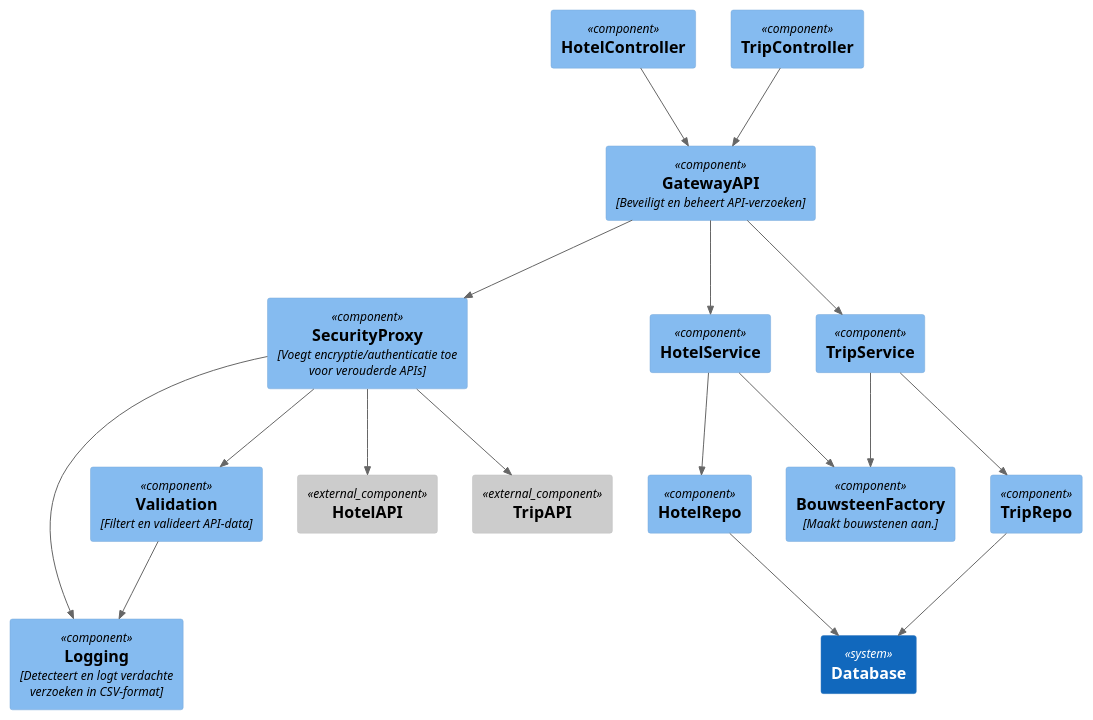
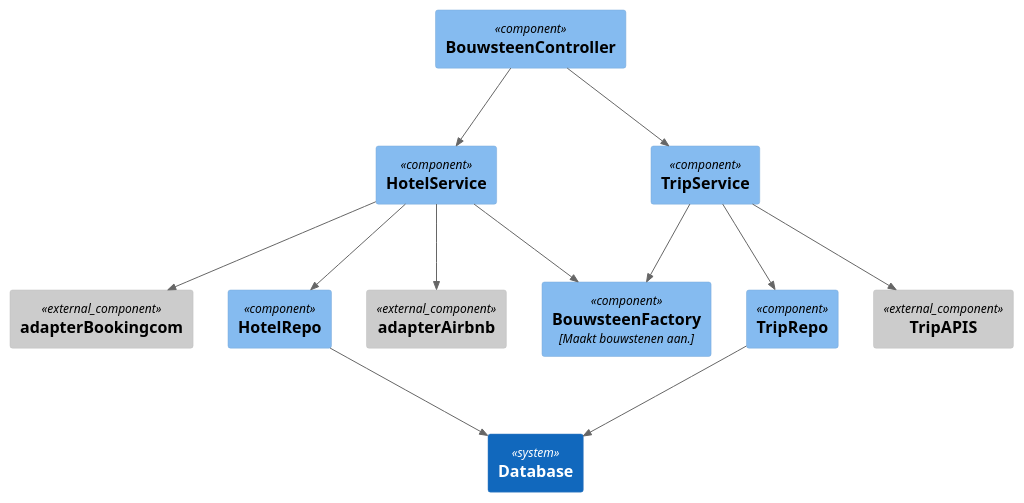
The diagram in opdracht-diagrammen/Diagrammen studenten/Week 2/Samengevoegd componentdiagram.puml (AIM-ENE-feb25/triptop-dravende-dikdiks), drawn with PlantUML before and after one commit.

Commit message:
Update Samengevoegd componentdiagram.puml

```diff
--- a/opdracht-diagrammen/Diagrammen studenten/Week 2/Samengevoegd componentdiagram.puml
+++ b/opdracht-diagrammen/Diagrammen studenten/Week 2/Samengevoegd componentdiagram.puml
@@ -1,49 +1,37 @@
 @startuml
 !include https://raw.githubusercontent.com/plantuml-stdlib/C4-PlantUML/master/C4_Component.puml
 
-Component("hc", "HotelController")
-Component("tc", "TripController")
+Component("bc", "BouwsteenController")
 Component("hr", "HotelRepo")
 Component("tr", "TripRepo")
-Component("sp", "SecurityProxy", "Voegt encryptie/authenticatie toe voor verouderde APIs")
-Component("l", "Logging", "Detecteert en logt verdachte verzoeken in CSV-format",)
 Component("bsf", "BouwsteenFactory", "Maakt bouwstenen aan.")
 Component("hs", "HotelService")
 Component("ts", "TripService")
 
-'todo: aanpassen op basis van wat nu bestaat + marijns nieuwe ontwerpvraag
-Component("gapi", "GatewayAPI", "Beveiligt en beheert API-verzoeken")
-Component("v", "Validation", "Filtert en valideert API-data")
 
-Component_Ext("hapi","HotelAPI")
-Component_Ext("tapi","TripAPI")
+Component_Ext("aa","adapterAirbnb")
+Component_Ext("ab","adapterBookingcom")
+
+Component_Ext("tapi","TripAPIS")
 
 System("db", "Database")
 
+Rel("hs", "ab", " ")
+Rel("hs", "aa", " ")
 
-
-Rel("hc", "gapi", " ")
-Rel("tc", "gapi", " ")
-
-Rel("gapi", "sp", " ")
-Rel("gapi", "hs", " ")
-Rel("gapi", "ts", " ")
+Rel("bc", "hs", " ")
+Rel("bc", "ts", " ")
 
 Rel("hs", "bsf", " ")
 Rel("ts", "bsf", " ")
 
 Rel("ts", "tr", " ")
 Rel("hs", "hr", " ")
 
-Rel("sp", "hapi", " ")
-Rel("sp", "tapi", " ")
-Rel("sp", "l", " ")
-Rel("sp", "v", " ")
-
-Rel("v", "l", " ")
+Rel("ts", "tapi", " ")
 
 Rel("tr", "db", " ")
 Rel("hr", "db", " ")
 
 
 @enduml
```
